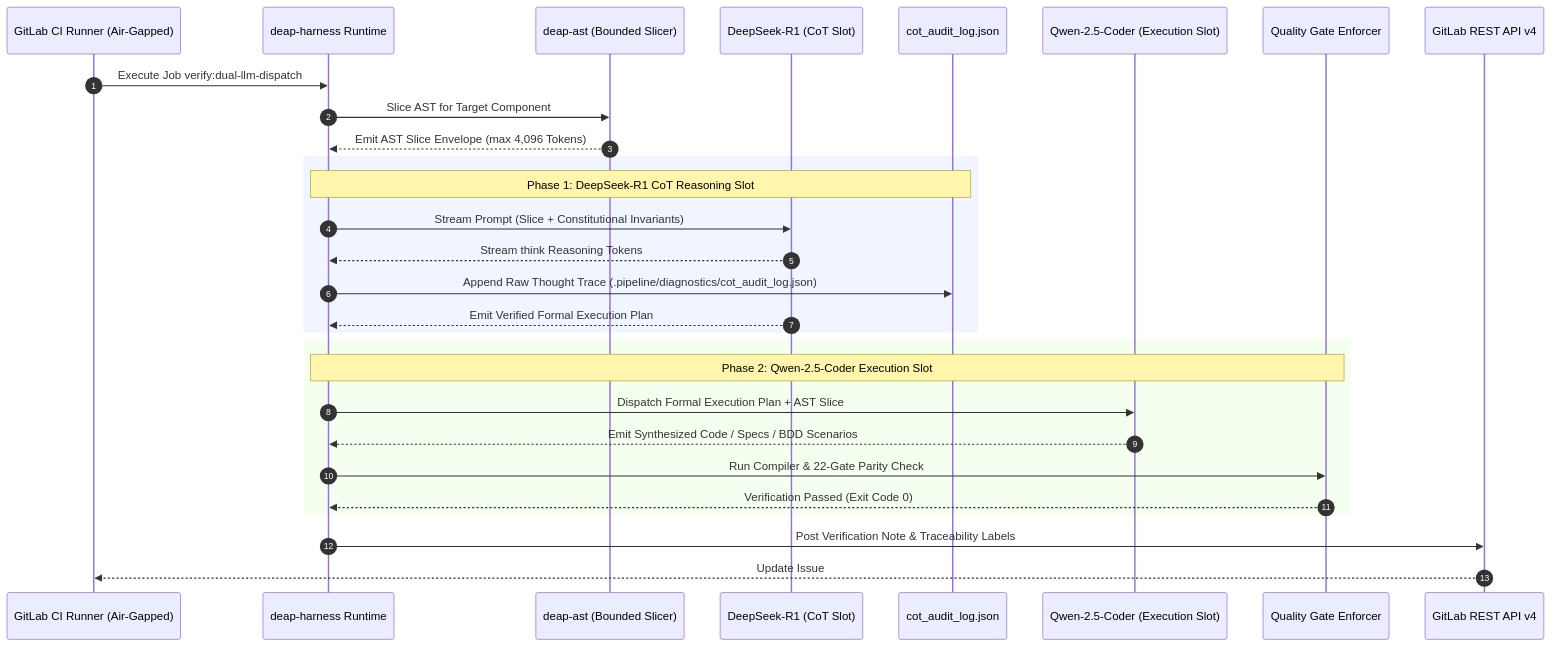
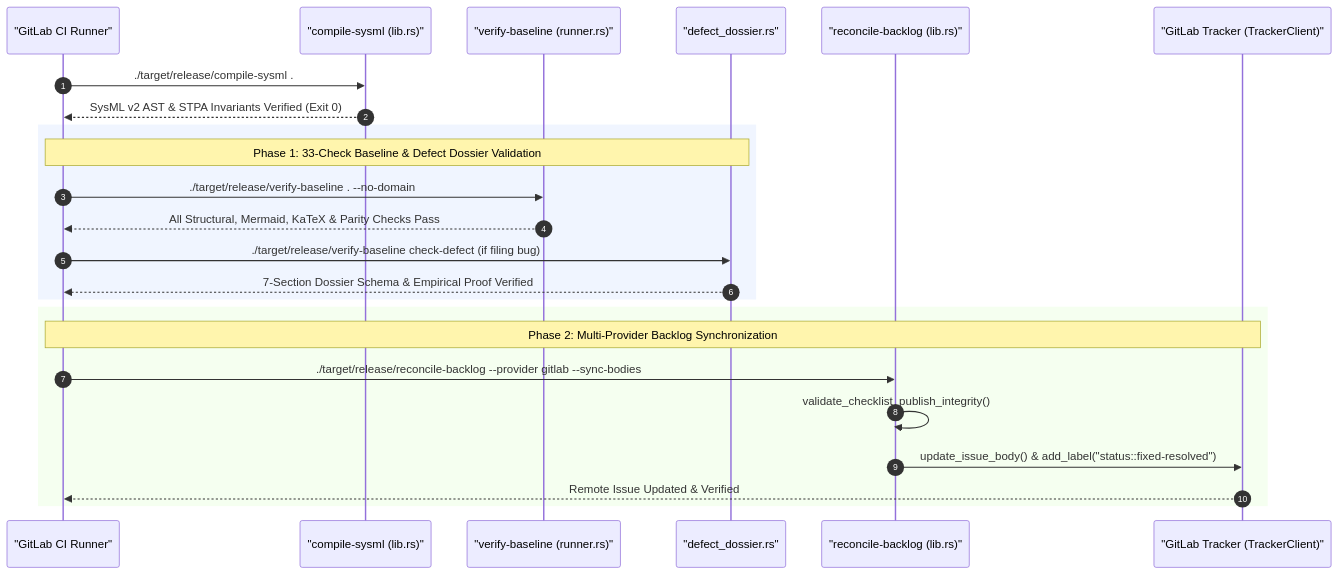
Diagram 17 of 19 in docs/architecture/blueprints/MULTI_PROVIDER_GITLAB_INFRASTRUCTURE_ARCHITECTURE.md (gintatkinson/DEAP01-spec-core), drawn with Mermaid before and after one commit. The commit also changed other lines of this file and 28 other files, not shown here.

Commit message:
feat(verify-baseline,deap-core,compile-sysml): implement Option C blueprint capabilities and Check 37 blueprint grounding gate

````diff
--- a/docs/architecture/blueprints/MULTI_PROVIDER_GITLAB_INFRASTRUCTURE_ARCHITECTURE.md
+++ b/docs/architecture/blueprints/MULTI_PROVIDER_GITLAB_INFRASTRUCTURE_ARCHITECTURE.md
@@ -1464,35 +1329,29 @@
 ```mermaid
 sequenceDiagram
     autonumber
-    participant Runner as GitLab CI Runner (Air-Gapped)
-    participant Harness as deap-harness Runtime
-    participant Slicer as deap-ast (Bounded Slicer)
-    participant R1 as DeepSeek-R1 (CoT Slot)
-    participant AuditLog as cot_audit_log.json
-    participant Qwen as Qwen-2.5-Coder (Execution Slot)
-    participant Gates as Quality Gate Enforcer
-    participant GitLabAPI as GitLab REST API v4
+    participant Runner as "GitLab CI Runner"
+    participant Compiler as "compile-sysml (lib.rs)"
+    participant Verifier as "verify-baseline (runner.rs)"
+    participant Dossier as "defect_dossier.rs"
+    participant Reconciler as "reconcile-backlog (lib.rs)"
+    participant GitLabAPI as "GitLab Tracker (TrackerClient)"
 
-    Runner->>Harness: Execute Job verify:dual-llm-dispatch
-    Harness->>Slicer: Slice AST for Target Component
-    Slicer-->>Harness: Emit AST Slice Envelope (max 4,096 Tokens)
-    
+    Runner->>Compiler: ./target/release/compile-sysml .
+    Compiler-->>Runner: SysML v2 AST & STPA Invariants Verified (Exit 0)
+
     rect rgb(240, 245, 255)
-        note over Harness,AuditLog: Phase 1: DeepSeek-R1 CoT Reasoning Slot
-        Harness->>R1: Stream Prompt (Slice + Constitutional Invariants)
-        R1-->>Harness: Stream think Reasoning Tokens
-        Harness->>AuditLog: Append Raw Thought Trace (.pipeline/diagnostics/cot_audit_log.json)
-        R1-->>Harness: Emit Verified Formal Execution Plan
+        Note over Runner,Dossier: Phase 1: 33-Check Baseline & Defect Dossier Validation
+        Runner->>Verifier: ./target/release/verify-baseline . --no-domain
+        Verifier-->>Runner: All Structural, Mermaid, KaTeX & Parity Checks Pass
+        Runner->>Dossier: ./target/release/verify-baseline check-defect (if filing bug)
+        Dossier-->>Runner: 7-Section Dossier Schema & Empirical Proof Verified
     end
 
     rect rgb(245, 255, 240)
-        note over Harness,Gates: Phase 2: Qwen-2.5-Coder Execution Slot
-        Harness->>Qwen: Dispatch Formal Execution Plan + AST Slice
-        Qwen-->>Harness: Emit Synthesized Code / Specs / BDD Scenarios
-        Harness->>Gates: Run Compiler & 22-Gate Parity Check
-        Gates-->>Harness: Verification Passed (Exit Code 0)
+        Note over Runner,GitLabAPI: Phase 2: Multi-Provider Backlog Synchronization
+        Runner->>Reconciler: ./target/release/reconcile-backlog --provider gitlab --sync-bodies
+        Reconciler->>Reconciler: validate_checklist_publish_integrity()
+        Reconciler->>GitLabAPI: update_issue_body() & add_label("status::fixed-resolved")
+        GitLabAPI-->>Runner: Remote Issue Updated & Verified
     end
-
-    Harness->>GitLabAPI: Post Verification Note & Traceability Labels
-    GitLabAPI-->>Runner: Update Issue #104 (status::fixed-resolved)
 ```
````
